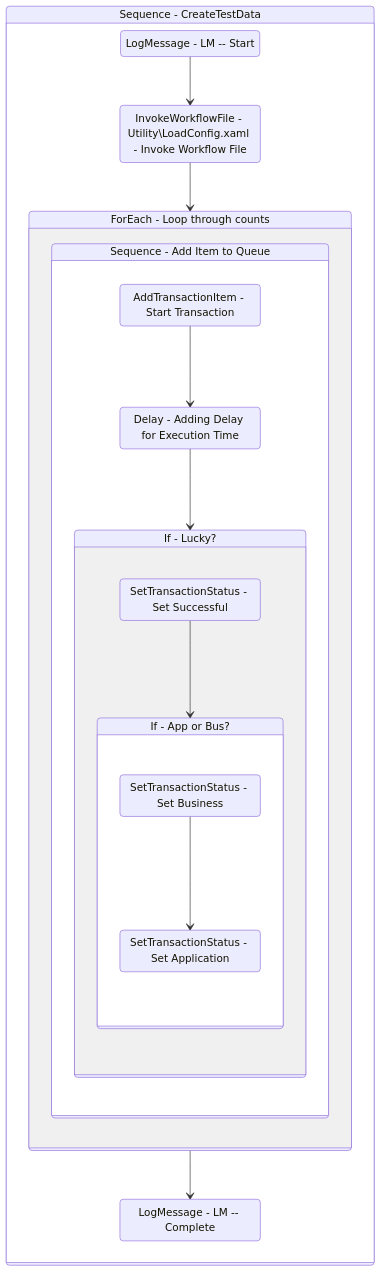
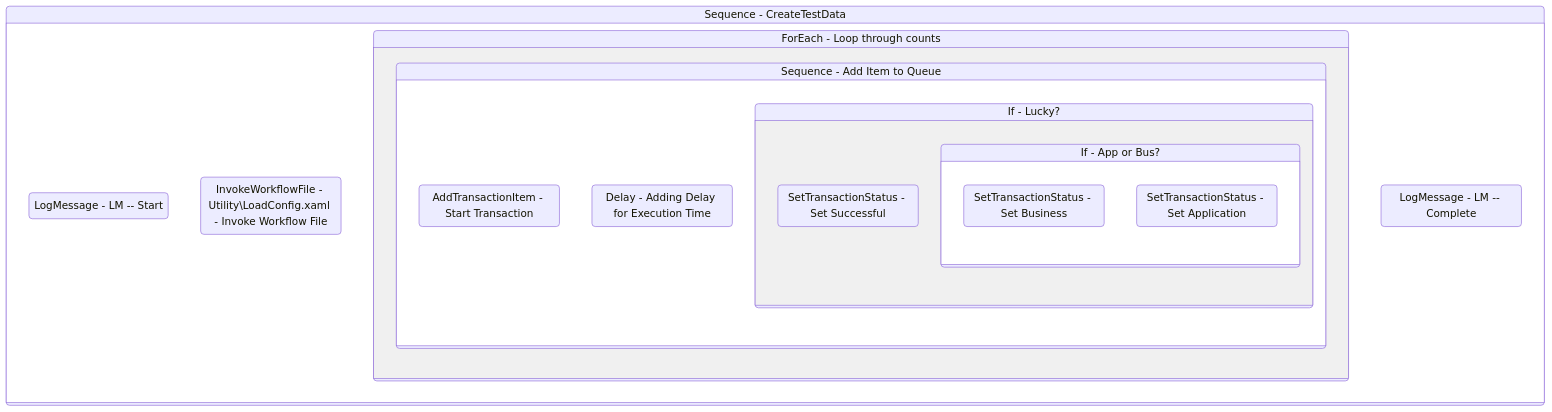
The diagram in Documentation/.templates/Reporters/Basic/Tests/CreateTestData.md (yashbrahmbhatt/LazyFramework), drawn with Mermaid before and after one commit. The commit also changed 72 other files, not shown here.

````diff
--- a/Documentation/.templates/Reporters/Basic/Tests/CreateTestData.md
+++ b/Documentation/.templates/Reporters/Basic/Tests/CreateTestData.md
@@ -124,41 +124,37 @@
 ```mermaid
 stateDiagram-v2
 
 
 Sequence_1: Sequence - CreateTestData
 state Sequence_1 {
 direction TB
 LogMessage_1 : LogMessage - LM -- Start
 InvokeWorkflowFile_1 : InvokeWorkflowFile - Utility\\LoadConfig.xaml - Invoke Workflow File
-LogMessage_1 --> InvokeWorkflowFile_1
-InvokeWorkflowFile_1 --> ForEach1_1
+
 ForEach1_1: ForEach - Loop through counts
 state ForEach1_1 {
 direction TB
 
 Sequence_2: Sequence - Add Item to Queue
 state Sequence_2 {
 direction TB
 AddTransactionItem_1 : AddTransactionItem - Start Transaction
 Delay_1 : Delay - Adding Delay for Execution Time
-AddTransactionItem_1 --> Delay_1
-Delay_1 --> If_1
+
 If_1: If - Lucky?
 state If_1 {
 direction TB
 SetTransactionStatus_1 : SetTransactionStatus - Set Successful
-SetTransactionStatus_1 --> If_2
+
 If_2: If - App or Bus?
 state If_2 {
 direction TB
 SetTransactionStatus_3 : SetTransactionStatus - Set Business
 SetTransactionStatus_5 : SetTransactionStatus - Set Application
-SetTransactionStatus_3 --> SetTransactionStatus_5
 }
 }
 }
 }
 LogMessage_2 : LogMessage - LM -- Complete
-ForEach1_1 --> LogMessage_2
 }
 ```
````
